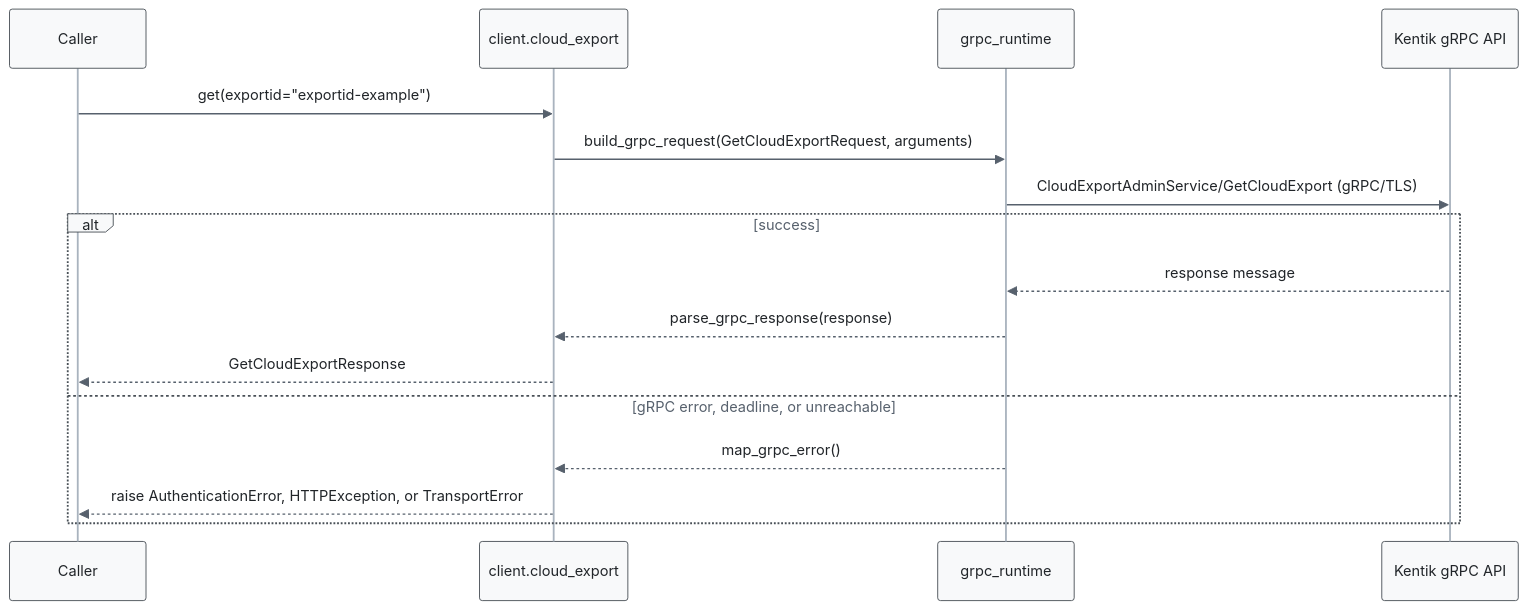
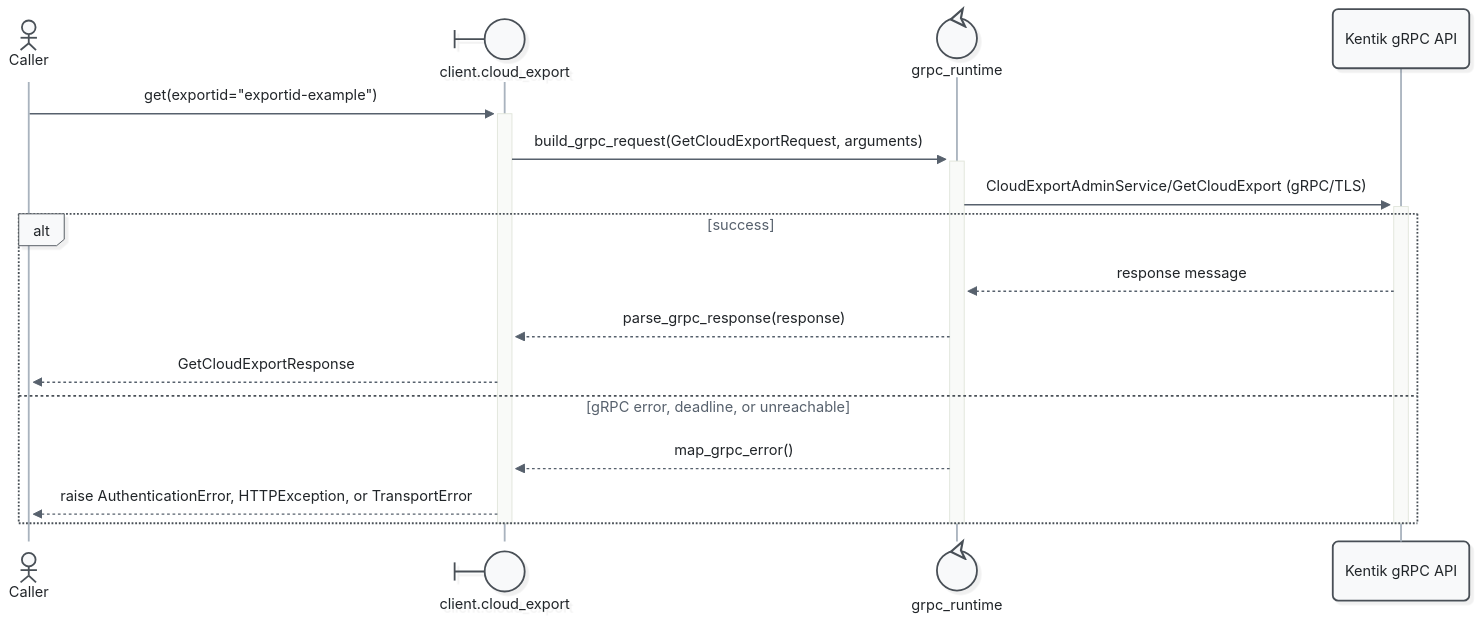
The sixth of 11 diagrams in docs/sphinx/services/cloud_export.md (alexdearaujo/community_sdk_python), drawn with Mermaid before and after one commit. The commit also changed other lines of this file and 52 other files, not shown here.

First line of the commit message:
docs: Mermaid 12 sequence diagrams with participant types and path colors

````diff
--- a/docs/sphinx/services/cloud_export.md
+++ b/docs/sphinx/services/cloud_export.md
@@ -204,20 +216,23 @@
 ```mermaid
-%%{init: {"theme": "base", "fontFamily": "ui-monospace, SFMono-Regular, Menlo, monospace", "themeVariables": {"fontFamily": "ui-monospace, SFMono-Regular, Menlo, monospace", "primaryColor": "#f8f9fa", "primaryBorderColor": "#495057", "primaryTextColor": "#212529", "textColor": "#212529", "lineColor": "#77818c", "edgeLabelBackground": "#ffffff", "actorBkg": "#f8f9fa", "actorBorder": "#495057", "actorTextColor": "#212529", "actorLineColor": "#a9b3be", "signalColor": "#57616d", "signalTextColor": "#212529", "labelBoxBkgColor": "#f8f9fa", "labelBoxBorderColor": "#495057", "labelTextColor": "#212529", "loopTextColor": "#57616d", "noteBkgColor": "#fff9db", "noteBorderColor": "#f08c00", "noteTextColor": "#a35a00"}, "flowchart": {"curve": "step", "nodeSpacing": 30, "rankSpacing": 70, "wrappingWidth": 400}}}%%
+%%{init: {"theme": "redux", "look": "neo", "layout": "dagre", "fontFamily": "ui-monospace, SFMono-Regular, Menlo, monospace", "themeVariables": {"fontFamily": "ui-monospace, SFMono-Regular, Menlo, monospace", "primaryColor": "#f8f9fa", "primaryBorderColor": "#495057", "primaryTextColor": "#212529", "textColor": "#212529", "lineColor": "#77818c", "edgeLabelBackground": "#ffffff", "actorBkg": "#f8f9fa", "actorBorder": "#495057", "actorTextColor": "#212529", "actorLineColor": "#a9b3be", "signalColor": "#57616d", "signalTextColor": "#212529", "labelBoxBkgColor": "#f8f9fa", "labelBoxBorderColor": "#495057", "labelTextColor": "#212529", "loopTextColor": "#57616d", "noteBkgColor": "#fff9db", "noteBorderColor": "#f08c00", "noteTextColor": "#a35a00"}, "sequence": {"activationWidth": 16}, "flowchart": {"curve": "step", "nodeSpacing": 30, "rankSpacing": 70, "wrappingWidth": 400}}}%%
 sequenceDiagram
-    participant C as Caller
-    participant W as client.cloud_export
-    participant R as grpc_runtime
+    actor C as Caller
+    participant W@{ "type": "boundary" } as client.cloud_export
+    participant R@{ "type": "control" } as grpc_runtime
     participant API as Kentik gRPC API
 
-    C->>W: get(exportid="exportid-example")
-    W->>R: build_grpc_request(GetCloudExportRequest, arguments)
-    R->>API: CloudExportAdminService/GetCloudExport (gRPC/TLS)
+    C->>+W: get(exportid="exportid-example")
+    W->>+R: build_grpc_request(GetCloudExportRequest, arguments)
+    R->>+API: CloudExportAdminService/GetCloudExport (gRPC/TLS)
     alt success
         API-->>R: response message
         R-->>W: parse_grpc_response(response)
         W-->>C: GetCloudExportResponse
     else gRPC error, deadline, or unreachable
         R-->>W: map_grpc_error()
         W-->>C: raise AuthenticationError, HTTPException, or TransportError
     end
+    deactivate API
+    deactivate R
+    deactivate W
 ```
````
